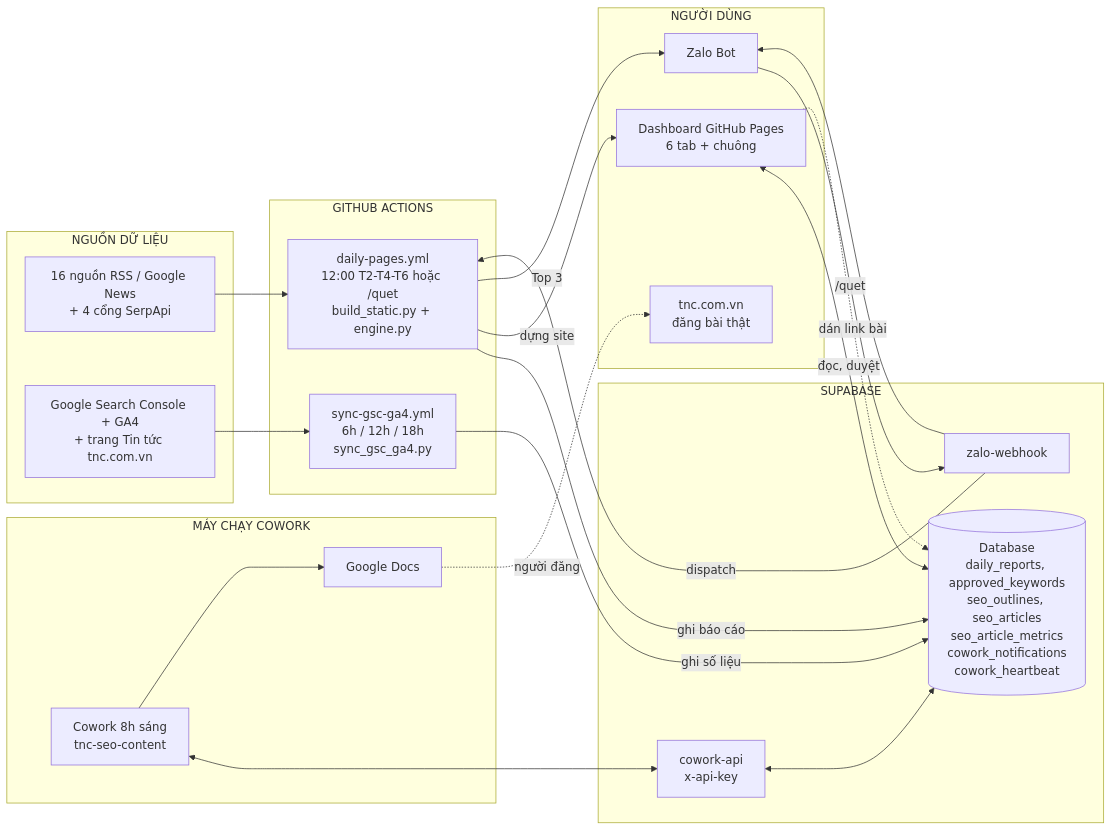
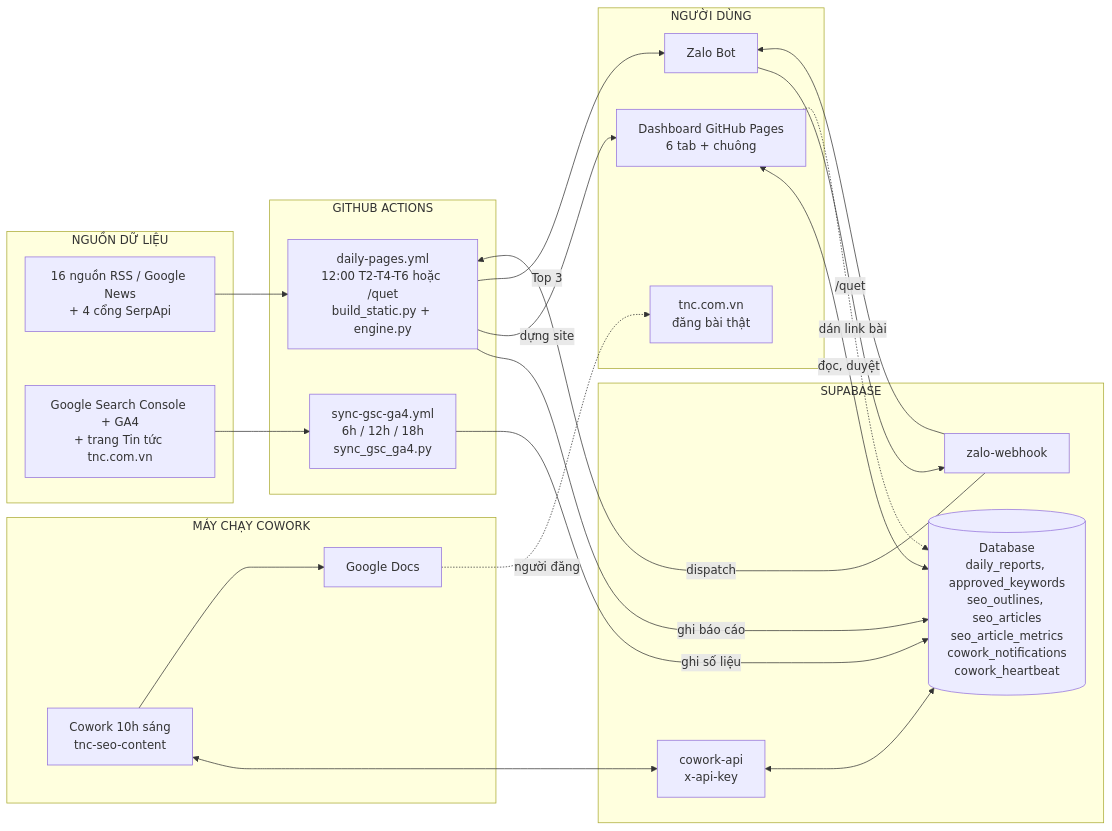
One commit to trantrang674/KEY_TNC changed the first of 2 diagrams in docs/README_SO_DO_HE_THONG.md. Above: the diagram before and after it, drawn with Mermaid. The commit also changed other lines of this file and 5 other files, not shown here.

````diff
--- a/docs/README_SO_DO_HE_THONG.md
+++ b/docs/README_SO_DO_HE_THONG.md
@@ -20,45 +20,45 @@
 ```mermaid
 flowchart LR
     subgraph SRC ["NGUỒN DỮ LIỆU"]
         RSS["16 nguồn RSS / Google News<br/>+ 4 cổng SerpApi"]
         GOOGLE["Google Search Console + GA4<br/>+ trang Tin tức tnc.com.vn"]
     end
 
     subgraph GH ["GITHUB ACTIONS"]
         GHA1["daily-pages.yml<br/>12:00 T2-T4-T6 hoặc /quet<br/>build_static.py + engine.py"]
         GHA2["sync-gsc-ga4.yml<br/>6h / 12h / 18h<br/>sync_gsc_ga4.py"]
     end
 
     subgraph SB ["SUPABASE"]
         DB[("Database<br/>daily_reports, approved_keywords<br/>seo_outlines, seo_articles<br/>seo_article_metrics<br/>cowork_notifications<br/>cowork_heartbeat")]
         CAPI["cowork-api<br/>x-api-key"]
         ZF["zalo-webhook"]
     end
 
     subgraph USERS ["NGƯỜI DÙNG"]
         DASH["Dashboard GitHub Pages<br/>6 tab + chuông"]
         ZALO["Zalo Bot"]
         WEB["tnc.com.vn<br/>đăng bài thật"]
     end
 
     subgraph LOCAL ["MÁY CHẠY COWORK"]
-        COWORK["Cowork 8h sáng<br/>tnc-seo-content"]
+        COWORK["Cowork 10h sáng<br/>tnc-seo-content"]
         GDOCS["Google Docs"]
     end
 
     RSS --> GHA1
     GHA1 -->|ghi báo cáo| DB
     GHA1 -->|dựng site| DASH
     GHA1 -->|Top 3| ZALO
     GOOGLE --> GHA2
     GHA2 -->|ghi số liệu| DB
     DASH <-->|đọc, duyệt| DB
     COWORK <--> CAPI
     CAPI <--> DB
     COWORK --> GDOCS
     ZF --> ZALO
     ZALO -->|/quet| ZF
     ZF -->|dispatch| GHA1
     GDOCS -.->|người đăng| WEB
     DASH -.->|dán link bài| DB
 ```
````
